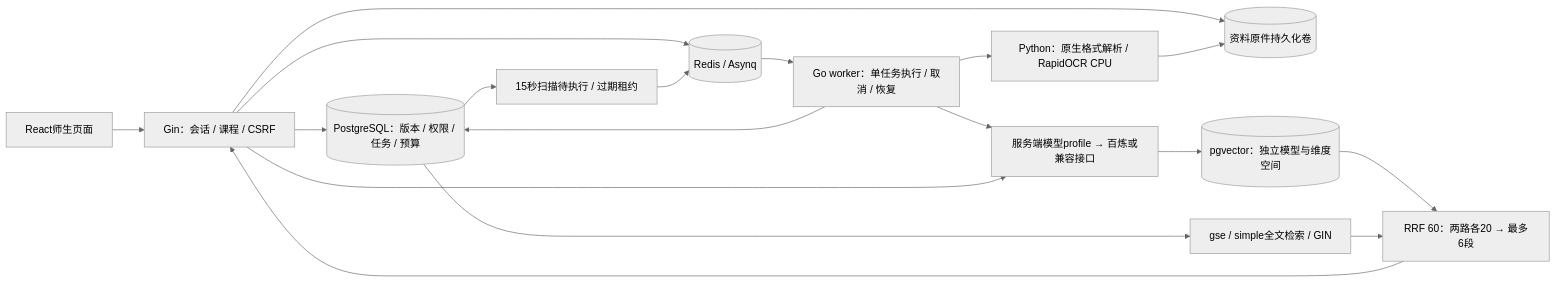
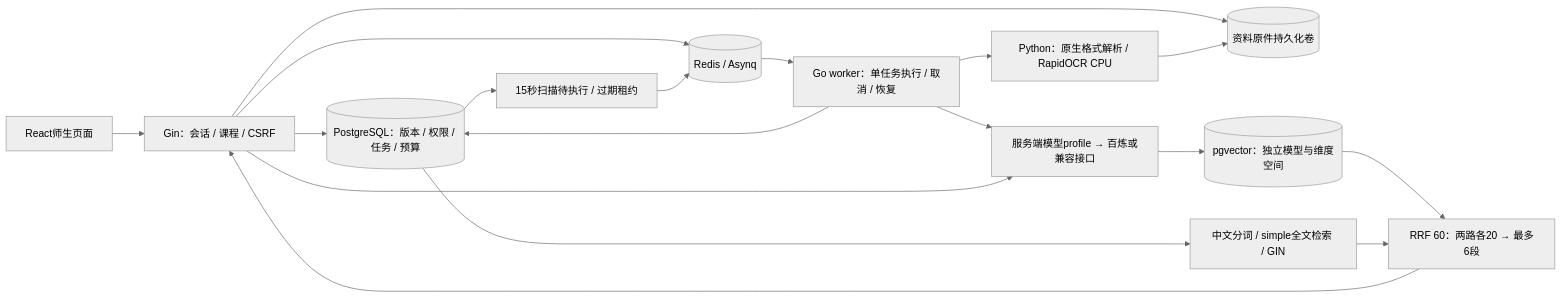
One commit to 122Ml/HaJi_Mark changed the fourth of 4 diagrams in docs/architecture.md. Above: the diagram before and after it, drawn with Mermaid (neutral theme). The commit also changed other lines of this file and 101 other files, not shown here.

````diff
--- a/docs/architecture.md
+++ b/docs/architecture.md
@@ -145,20 +145,20 @@
 ```mermaid
 flowchart LR
   Browser[React师生页面] --> API[Gin：会话 / 课程 / CSRF]
   API --> PG[(PostgreSQL：版本 / 权限 / 任务 / 预算)]
   API --> Volume[(资料原件持久化卷)]
   API --> Queue[(Redis / Asynq)]
   Queue --> Worker[Go worker：单任务执行 / 取消 / 恢复]
   Worker --> Parser[Python：原生格式解析 / RapidOCR CPU]
   Parser --> Volume
   Worker --> PG
   PG --> Recovery[15秒扫描待执行 / 过期租约]
   Recovery --> Queue
   Worker --> Provider[服务端模型profile → 百炼或兼容接口]
   API --> Provider
   Provider --> Vector[(pgvector：独立模型与维度空间)]
-  PG --> FTS[gse / simple全文检索 / GIN]
+  PG --> FTS[中文分词 / simple全文检索 / GIN]
   Vector --> RRF[RRF 60：两路各20 → 最多6段]
   FTS --> RRF
   RRF --> API
 ```
````
